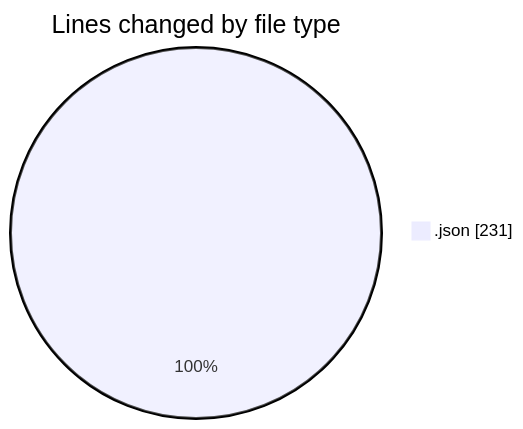
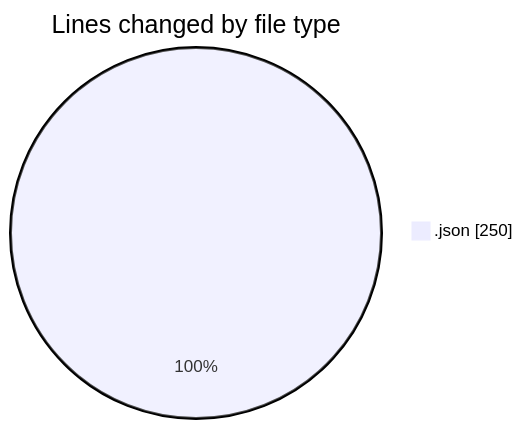
Before and after one commit to momahboobian/code-tracking: the first of 2 diagrams in 2025-04-23/pdf-analysis-app/README.md, drawn with Mermaid. The commit also changed other lines of this file and 1 other file, not shown here.

````diff
--- a/2025-04-23/pdf-analysis-app/README.md
+++ b/2025-04-23/pdf-analysis-app/README.md
@@ -20,5 +20,5 @@
 ```mermaid
 pie showData
 title Lines changed by file type
-".json" : 231
+".json" : 250
 ```
````
